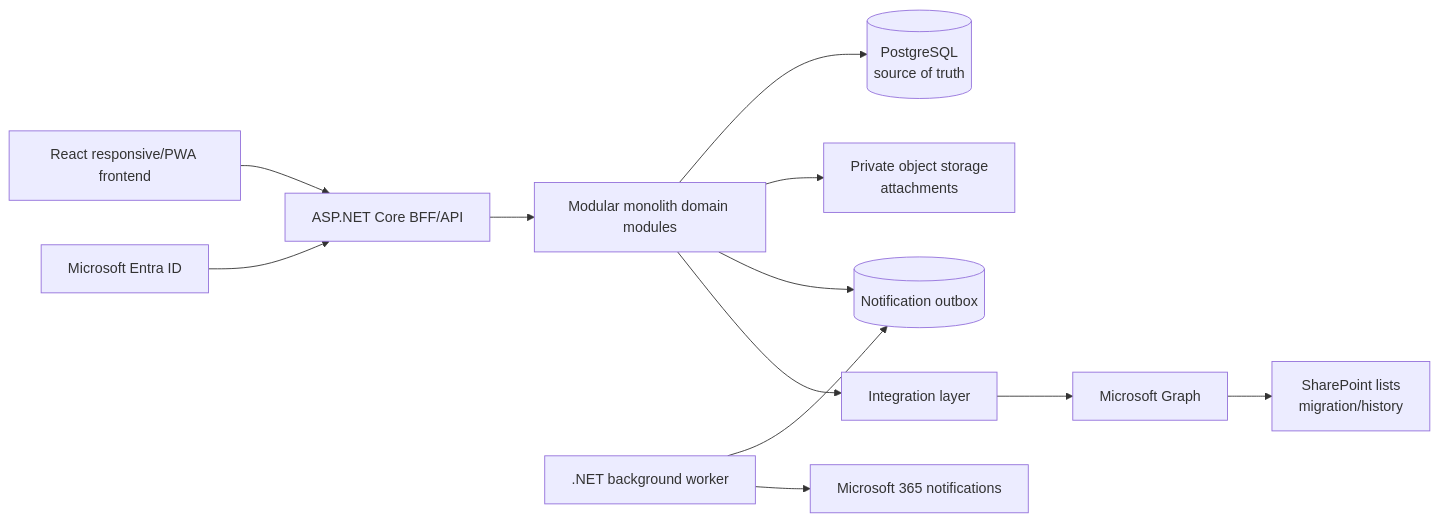
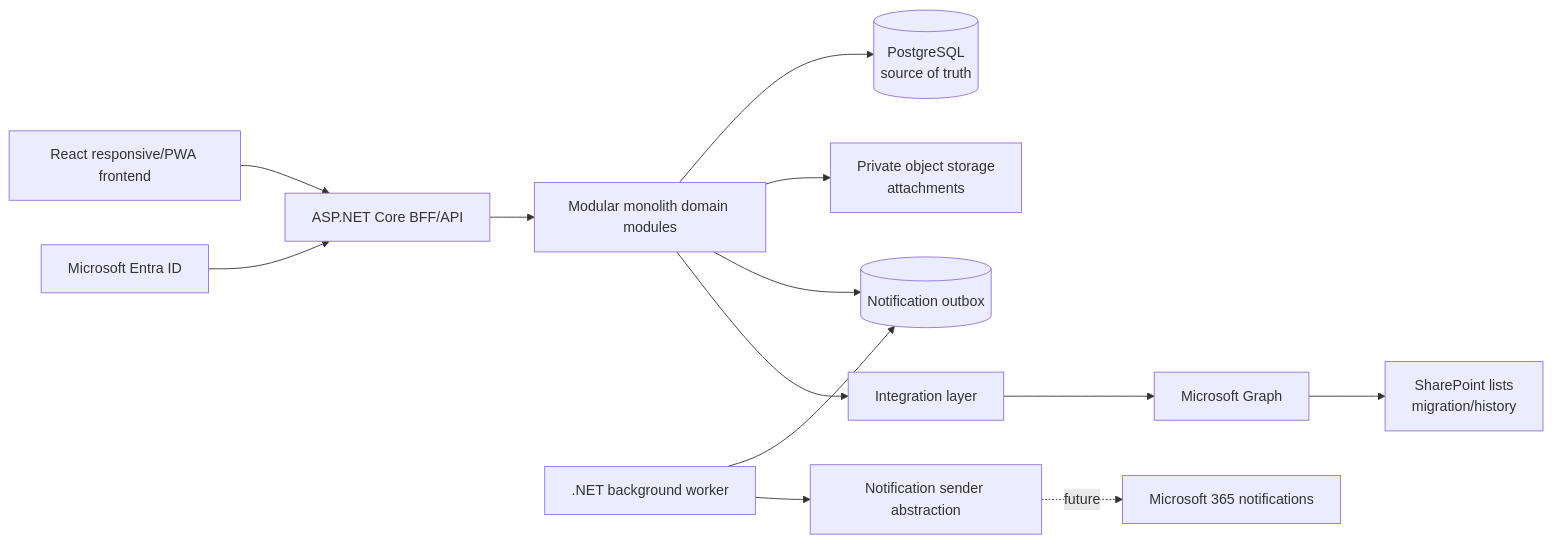
The diagram in docs/architecture/ARCHITECTURE.md (felipe-menini/vacation-management-system), drawn with Mermaid before and after one commit. The commit also changed other lines of this file and 29 other files, not shown here.

Commit message:
feat: add transactional outbox and notification worker

````diff
--- a/docs/architecture/ARCHITECTURE.md
+++ b/docs/architecture/ARCHITECTURE.md
@@ -27,14 +27,15 @@
 ```mermaid
 flowchart LR
     Browser["React responsive/PWA frontend"] --> BFF["ASP.NET Core BFF/API"]
     Entra["Microsoft Entra ID"] --> BFF
     BFF --> Domain["Modular monolith domain modules"]
     Domain --> PostgreSQL[("PostgreSQL<br/>source of truth")]
     Domain --> Storage["Private object storage<br/>attachments"]
     Domain --> Outbox[("Notification outbox")]
     Worker[".NET background worker"] --> Outbox
-    Worker --> M365["Microsoft 365 notifications"]
+    Worker --> Sender["Notification sender abstraction"]
+    Sender -. future .-> M365["Microsoft 365 notifications"]
     Integration["Integration layer"] --> Graph["Microsoft Graph"]
     Graph --> SP["SharePoint lists<br/>migration/history"]
     Domain --> Integration
 ```
````
